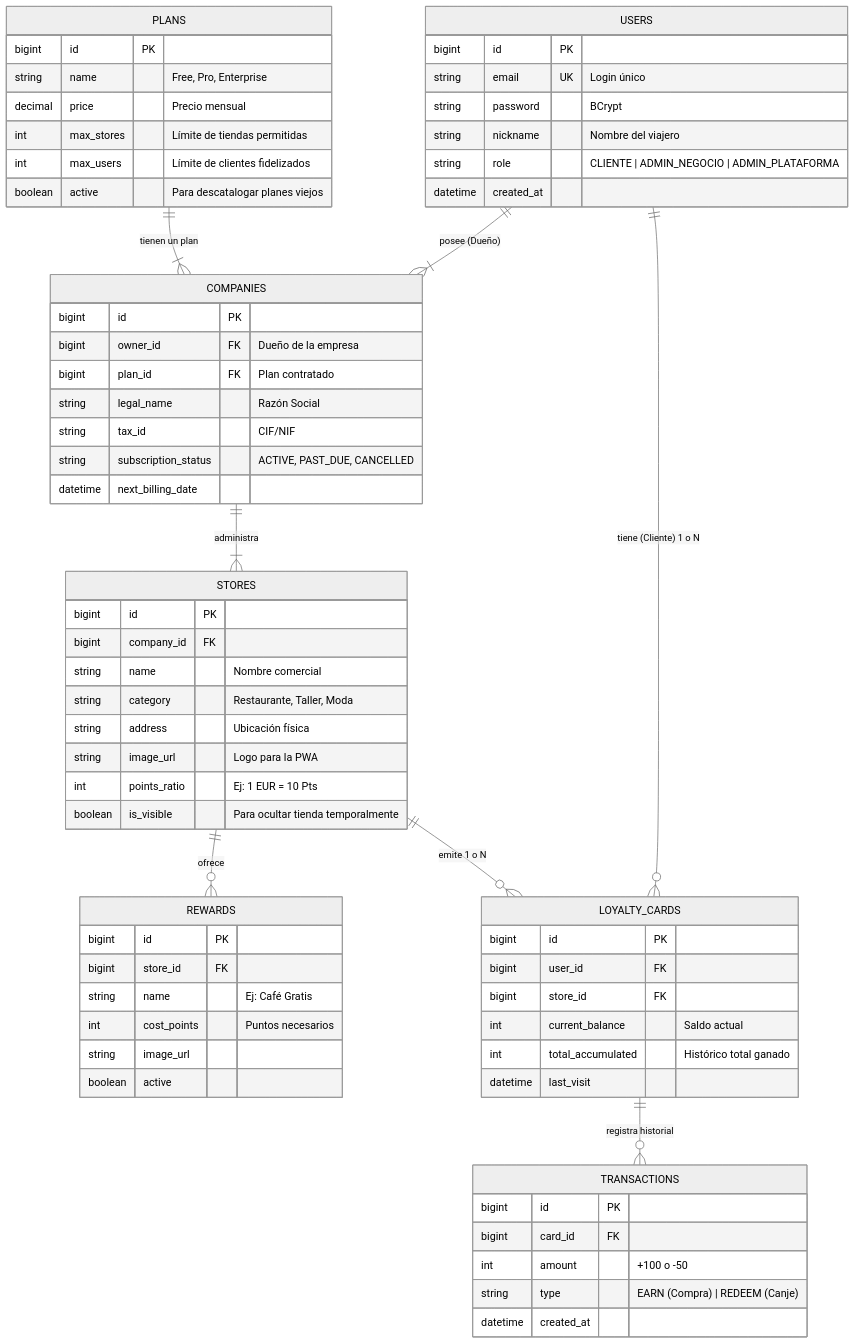
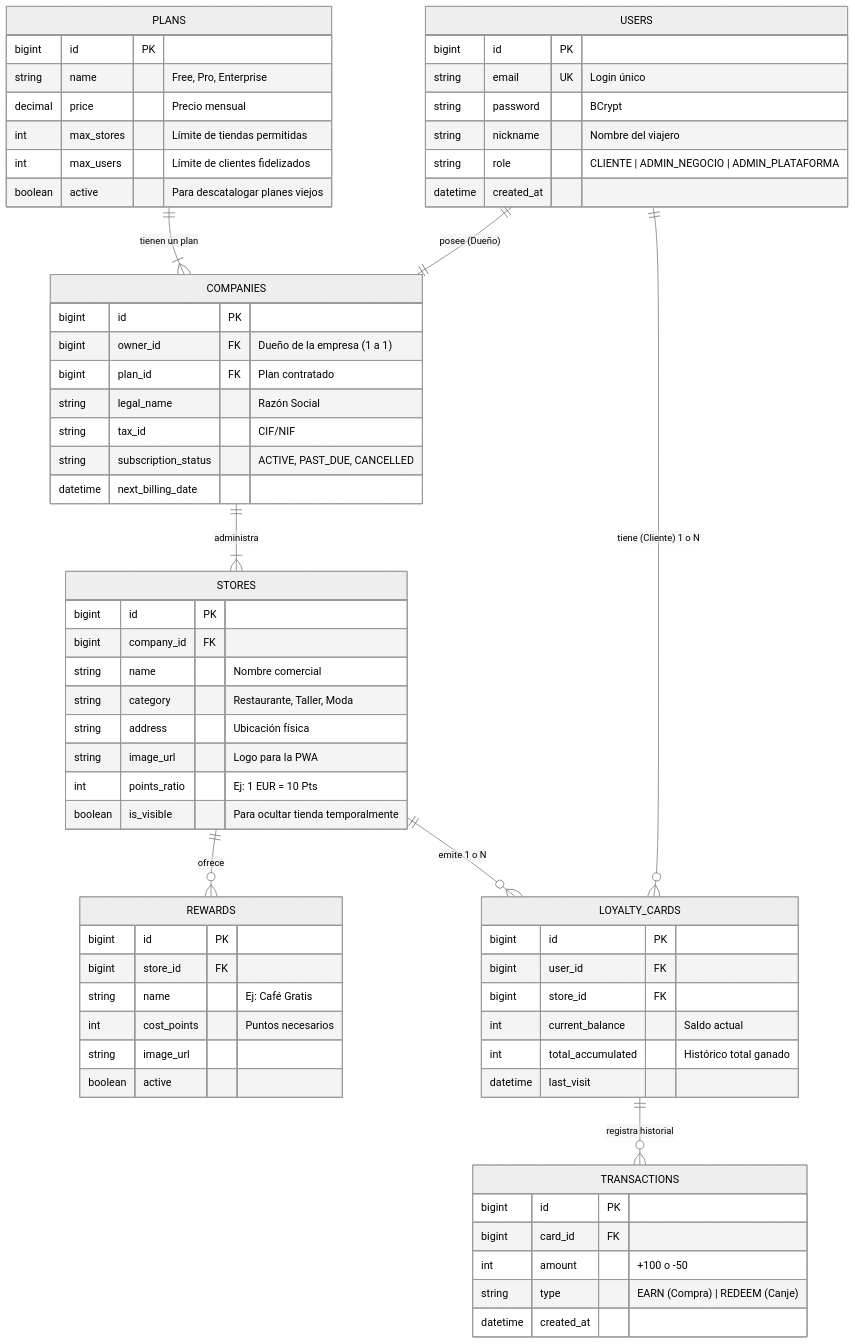
The diagram in bbdd/Mermaid Chart - codigo del editor online.mmd (awebiban/tienda-puntos-app-dam), drawn with Mermaid (neutral theme) before and after one commit. The commit also changed 14 other files, not shown here.

```diff
--- a/bbdd/Mermaid Chart - codigo del editor online.mmd
+++ b/bbdd/Mermaid Chart - codigo del editor online.mmd
@@ -1,82 +1,78 @@
 erDiagram
     %% 1. BLOQUE DE USUARIOS Y GESTIÓN %%
     USERS {
         bigint id PK
         string email UK "Login único"
         string password "BCrypt"
         string nickname "Nombre del viajero"
         string role "CLIENTE | ADMIN_NEGOCIO | ADMIN_PLATAFORMA"
         datetime created_at
     }
 
     %% 2. BLOQUE DE MONETIZACIÓN (SaaS) %%
     PLANS {
         bigint id PK
         string name "Free, Pro, Enterprise"
         decimal price "Precio mensual"
         int max_stores "Límite de tiendas permitidas"
         int max_users "Límite de clientes fidelizados"
         boolean active "Para descatalogar planes viejos"
     }
 
     COMPANIES {
         bigint id PK
-        bigint owner_id FK "Dueño de la empresa"
+        bigint owner_id FK "Dueño de la empresa (1 a 1)"
         bigint plan_id FK "Plan contratado"
         string legal_name "Razón Social"
         string tax_id "CIF/NIF"
         string subscription_status "ACTIVE, PAST_DUE, CANCELLED"
         datetime next_billing_date
     }
 
     %% 3. BLOQUE DE NAVEGACIÓN (Tiendas) %%
     STORES {
         bigint id PK
         bigint company_id FK
         string name "Nombre comercial"
         string category "Restaurante, Taller, Moda"
         string address "Ubicación física"
         string image_url "Logo para la PWA"
         int points_ratio "Ej: 1 EUR = 10 Pts"
         boolean is_visible "Para ocultar tienda temporalmente"
     }
 
     REWARDS {
         bigint id PK
         bigint store_id FK
         string name "Ej: Café Gratis"
         int cost_points "Puntos necesarios"
         string image_url
         boolean active
     }
 
     %% 4. BLOQUE CORE (Puntos y Fidelización) %%
     LOYALTY_CARDS {
         bigint id PK
         bigint user_id FK
         bigint store_id FK
         int current_balance "Saldo actual"
         int total_accumulated "Histórico total ganado"
         datetime last_visit
     }
 
     TRANSACTIONS {
         bigint id PK
         bigint card_id FK
         int amount "+100 o -50"
         string type "EARN (Compra) | REDEEM (Canje)"
         datetime created_at
     }
 
     %% RELACIONES %%
-    USERS ||--|{ COMPANIES : "posee (Dueño)"
+    USERS ||--|| COMPANIES : "posee (Dueño)"
     USERS ||--o{ LOYALTY_CARDS : "tiene (Cliente) 1 o N"
-    
     PLANS ||--|{ COMPANIES : "tienen un plan"
-    
     COMPANIES ||--|{ STORES : "administra"
-    
     STORES ||--o{ REWARDS : "ofrece"
     STORES ||--o{ LOYALTY_CARDS : "emite 1 o N"
-    
     LOYALTY_CARDS ||--o{ TRANSACTIONS : "registra historial"
```
